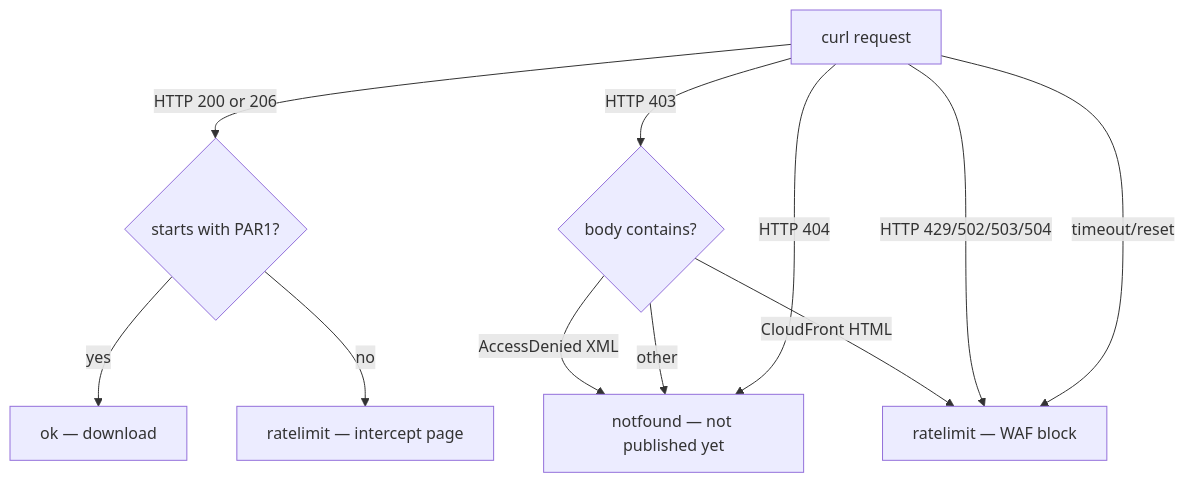
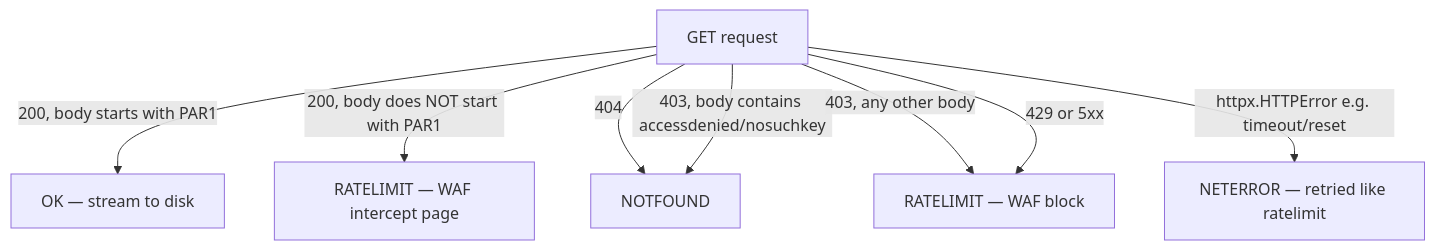
One commit to andrekamman/taxi-seed changed the diagram in docs/guides/downloader.md. Above: the diagram before and after it, drawn with Mermaid. The commit also changed other lines of this file, not shown here.

First line of the commit message:
docs(guides): rewrite downloader guide for Python taxi_download

````diff
--- a/docs/guides/downloader.md
+++ b/docs/guides/downloader.md
@@ -82,13 +103,10 @@
 ```mermaid
 flowchart TD
-  A[curl request] -->|HTTP 200 or 206| B{starts with PAR1?}
-  B -->|yes| C[ok — download]
-  B -->|no| D[ratelimit — intercept page]
-  A -->|HTTP 403| E{body contains?}
-  E -->|AccessDenied XML| F[notfound — not published yet]
-  E -->|CloudFront HTML| G[ratelimit — WAF block]
-  E -->|other| F
-  A -->|HTTP 404| F
-  A -->|HTTP 429/502/503/504| G
-  A -->|timeout/reset| G
+  A[GET request] -->|200, body starts with PAR1| B[OK — stream to disk]
+  A -->|200, body does NOT start with PAR1| C[RATELIMIT — WAF intercept page]
+  A -->|404| D[NOTFOUND]
+  A -->|403, body contains accessdenied/nosuchkey| D
+  A -->|403, any other body| E[RATELIMIT — WAF block]
+  A -->|429 or 5xx| E
+  A -->|httpx.HTTPError e.g. timeout/reset| F[NETERROR — retried like ratelimit]
 ```
````
